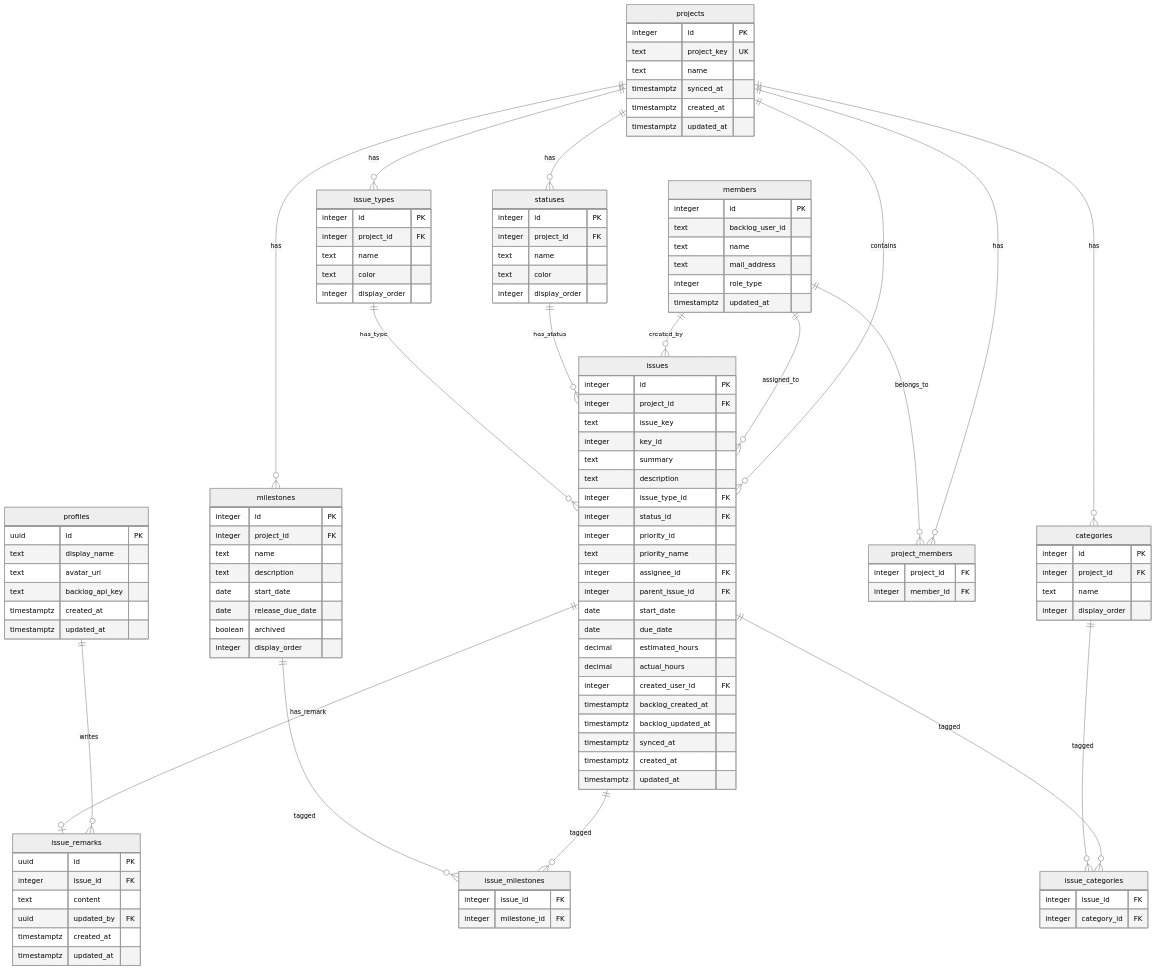
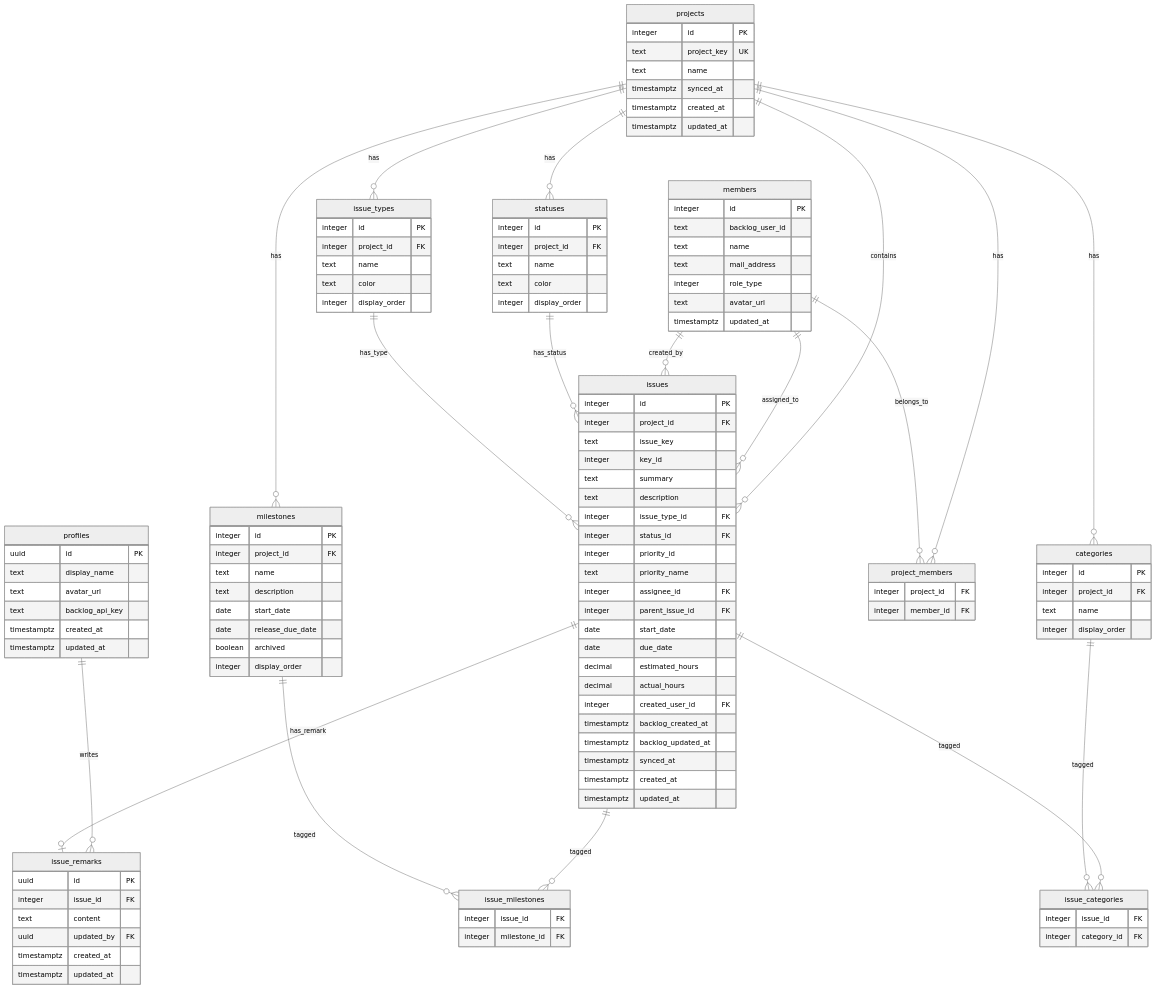
Before and after one commit to tominaga-h/BackHub: the diagram in docs/DB_SCHEMA.md, drawn with Mermaid (neutral theme). The commit also changed other lines of this file and 6 other files, not shown here.

```diff
--- a/docs/DB_SCHEMA.md
+++ b/docs/DB_SCHEMA.md
@@ -88,6 +88,7 @@
         text name
         text mail_address
         integer role_type
+        text avatar_url
         timestamptz updated_at
     }
 
```
